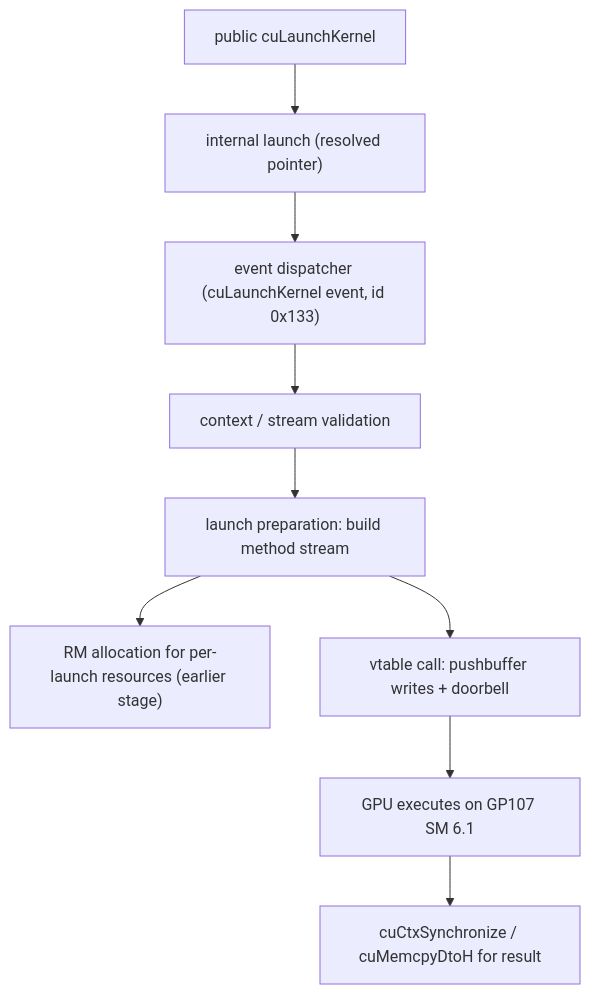
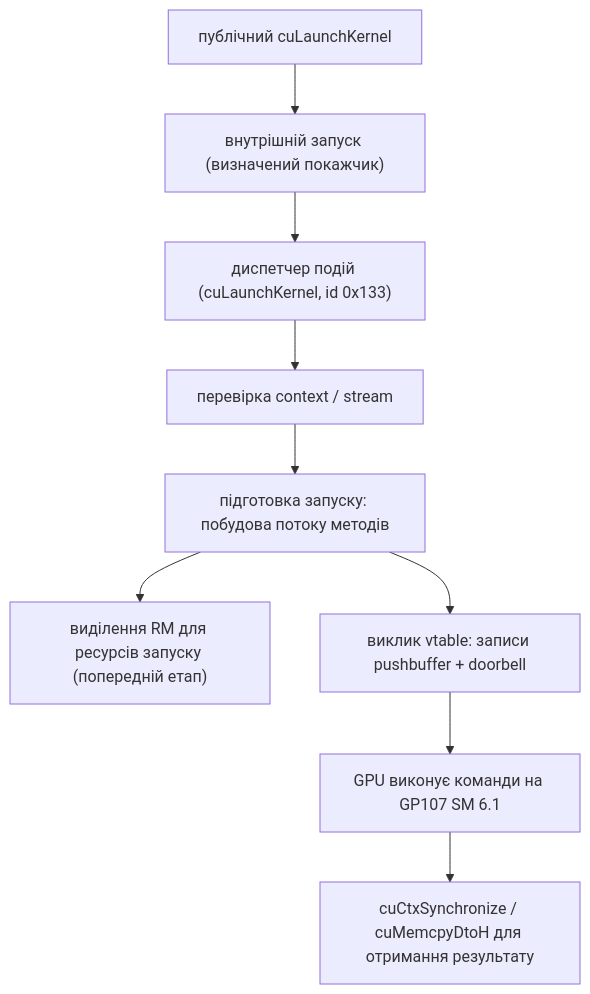
One commit to juv4uk/gp107-nvidia-re changed the second of 2 diagrams in docs/02-cuMemAlloc-and-launch.md. Above: the diagram before and after it, drawn with Mermaid. The commit also changed other lines of this file and 2 other files, not shown here.

````diff
--- a/docs/02-cuMemAlloc-and-launch.md
+++ b/docs/02-cuMemAlloc-and-launch.md
@@ -70,11 +70,11 @@
 ```mermaid
 flowchart TD
-    A["public cuLaunchKernel"] --> B["internal launch (resolved pointer)"]
-    B --> C["event dispatcher (cuLaunchKernel event, id 0x133)"]
-    C --> D["context / stream validation"]
-    D --> E["launch preparation: build method stream"]
-    E --> F["RM allocation for per-launch resources (earlier stage)"]
-    E --> G["vtable call: pushbuffer writes + doorbell"]
-    G --> H["GPU executes on GP107 SM 6.1"]
-    H --> I["cuCtxSynchronize / cuMemcpyDtoH for result"]
+    A["публічний cuLaunchKernel"] --> B["внутрішній запуск (визначений покажчик)"]
+    B --> C["диспетчер подій (cuLaunchKernel, id 0x133)"]
+    C --> D["перевірка context / stream"]
+    D --> E["підготовка запуску: побудова потоку методів"]
+    E --> F["виділення RM для ресурсів запуску (попередній етап)"]
+    E --> G["виклик vtable: записи pushbuffer + doorbell"]
+    G --> H["GPU виконує команди на GP107 SM 6.1"]
+    H --> I["cuCtxSynchronize / cuMemcpyDtoH для отримання результату"]
 ```
````
